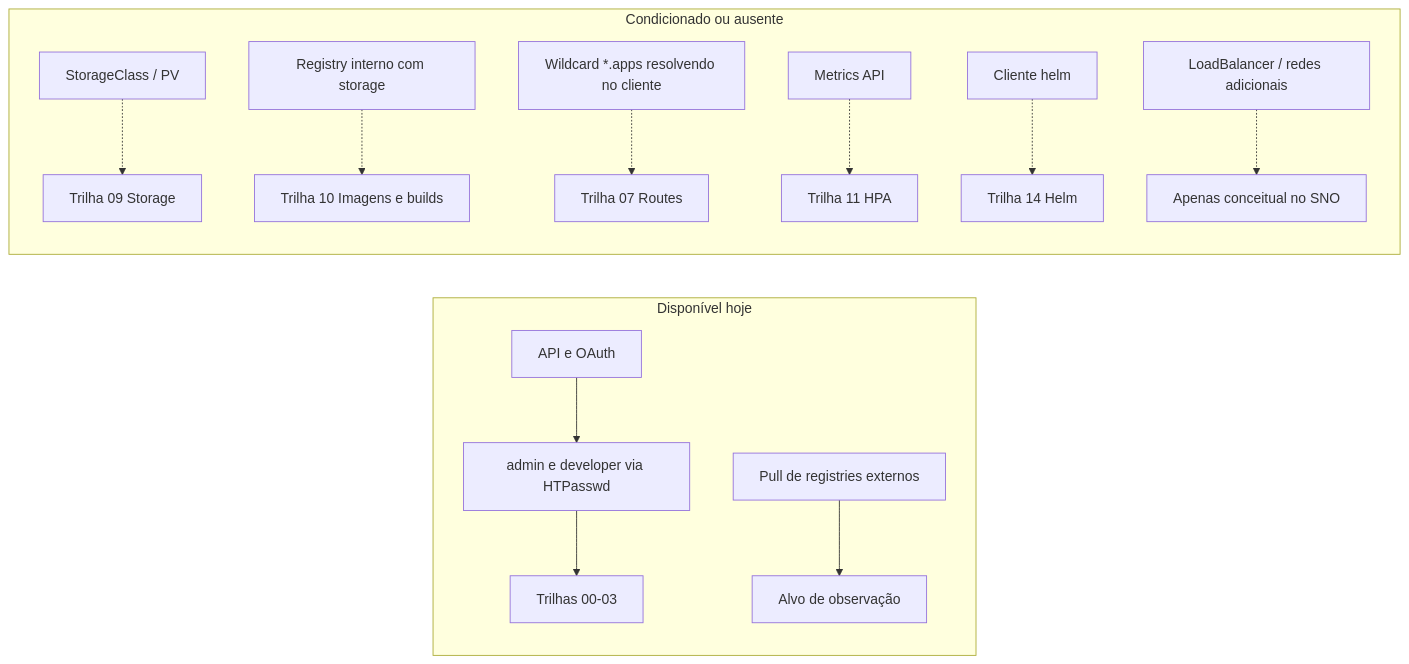
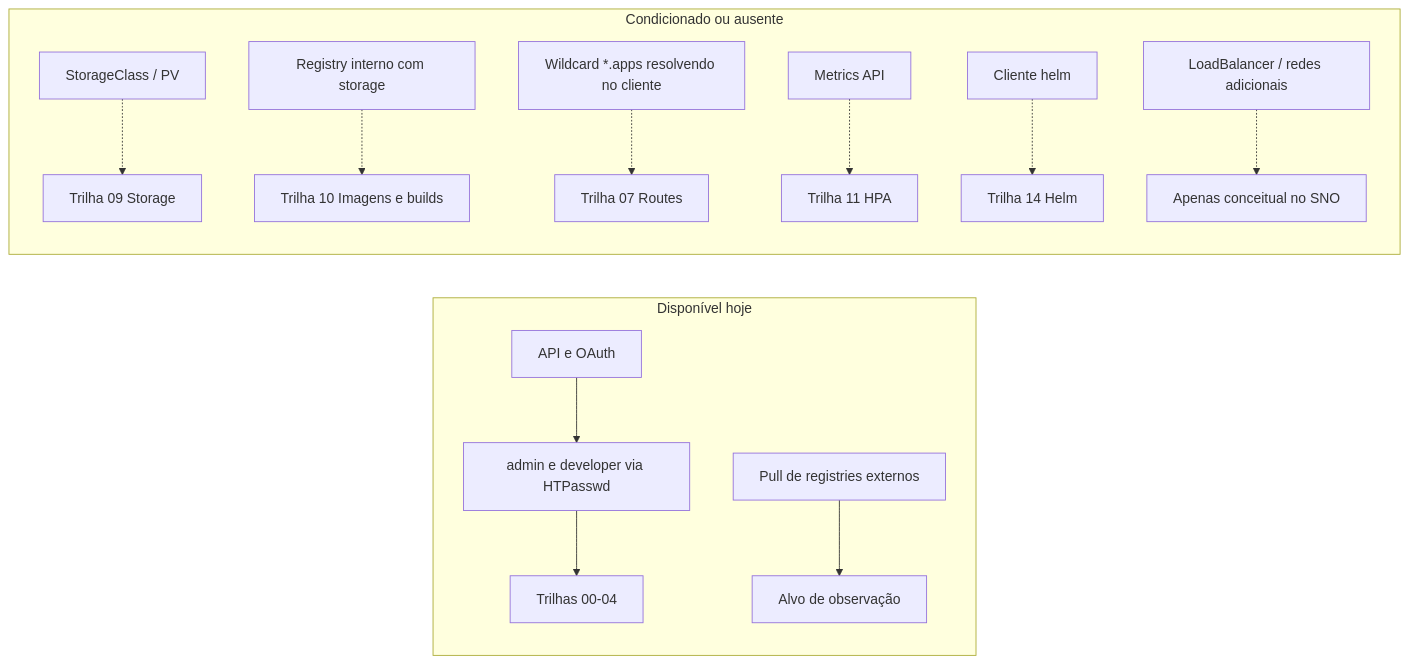
The diagram in catalogo/matriz-competencias.md (eduardoandradej/academia-comandos-openshift), drawn with Mermaid before and after one commit. The commit also changed other lines of this file and 59 other files, not shown here.

````diff
--- a/catalogo/matriz-competencias.md
+++ b/catalogo/matriz-competencias.md
@@ -47,16 +49,16 @@
 ```mermaid
 flowchart LR
   subgraph disponivel[Disponível hoje]
     API[API e OAuth] --> ID[admin e developer via HTPasswd]
-    ID --> T00[Trilhas 00-03]
+    ID --> T00[Trilhas 00-04]
     IMG[Pull de registries externos] --> T02[Alvo de observação]
   end
   subgraph condicionado[Condicionado ou ausente]
     SC[StorageClass / PV] -.-> T09[Trilha 09 Storage]
     REG[Registry interno com storage] -.-> T10[Trilha 10 Imagens e builds]
     DNS[Wildcard *.apps resolvendo no cliente] -.-> T07[Trilha 07 Routes]
     MET[Metrics API] -.-> T11[Trilha 11 HPA]
     HELM[Cliente helm] -.-> T14[Trilha 14 Helm]
     LB[LoadBalancer / redes adicionais] -.-> X[Apenas conceitual no SNO]
   end
 ```
````
